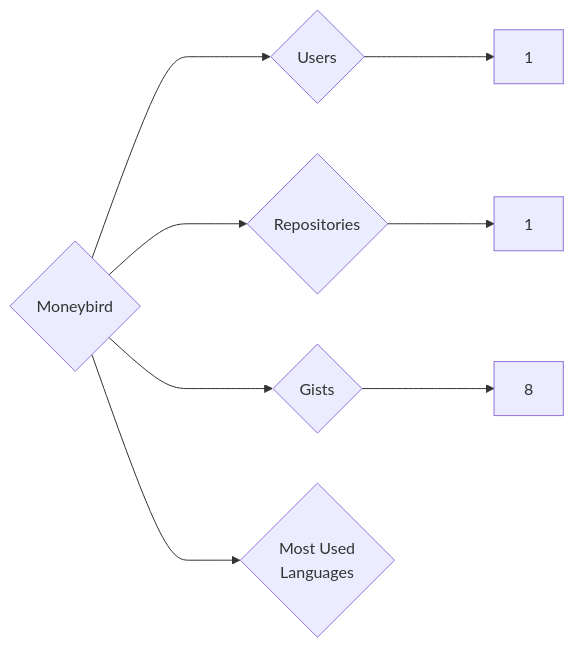
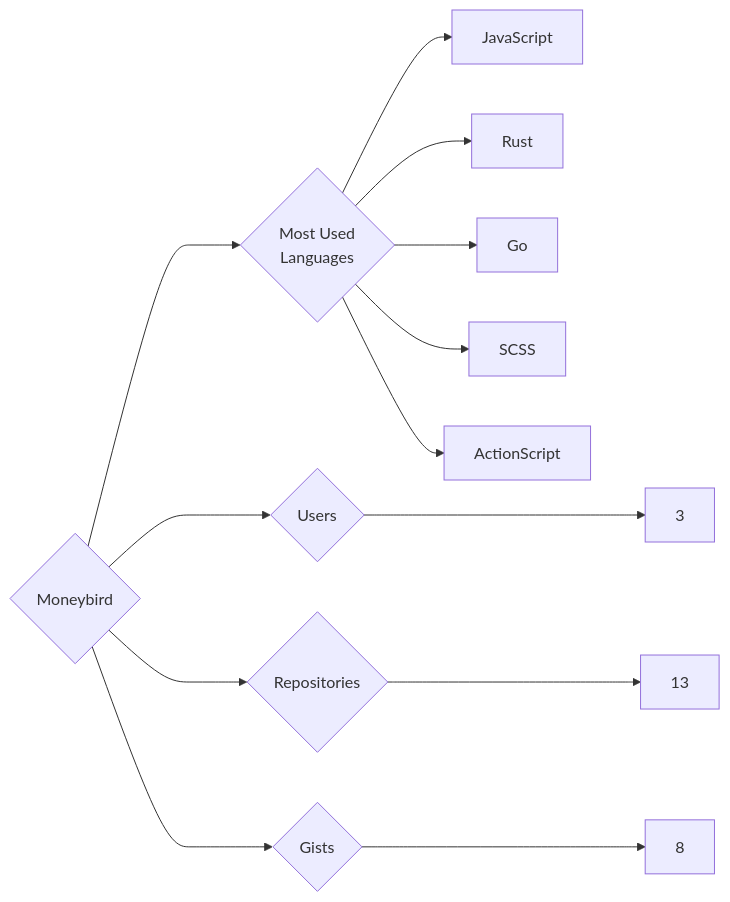
One commit to trickest/insiders changed the diagram in targets/Moneybird/README.md. Above: the diagram before and after it, drawn with Mermaid. The commit also changed 1389 other files, not shown here.

````diff
--- a/targets/Moneybird/README.md
+++ b/targets/Moneybird/README.md
@@ -3,8 +3,13 @@
 ```mermaid
 graph LR
 COMPANY_NAME{Moneybird}
-COMPANY_NAME ---> U{Users} ---> UN[1]
-COMPANY_NAME ---> R{Repositories} ---> RN[1]
+COMPANY_NAME ---> U{Users} ---> UN[3]
+COMPANY_NAME ---> R{Repositories} ---> RN[13]
 COMPANY_NAME ---> G{Gists} ---> GN[8]
 COMPANY_NAME ---> ML{Most Used<br>Languages}
+ML --> JavaScript[JavaScript]
+ML --> Rust[Rust]
+ML --> Go[Go]
+ML --> SCSS[SCSS]
+ML --> ActionScript[ActionScript]
 ```
````
